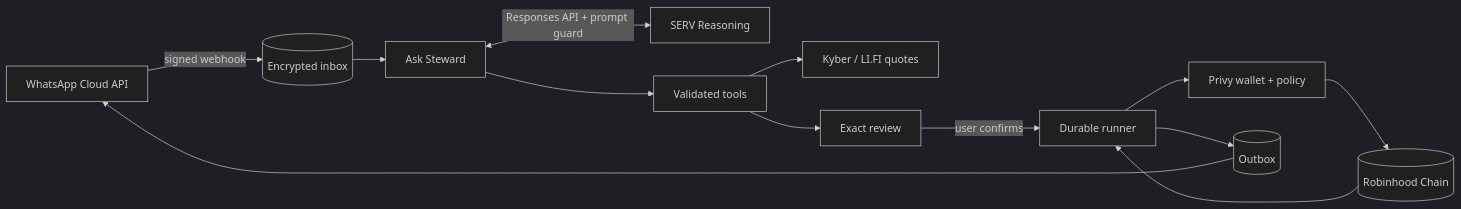
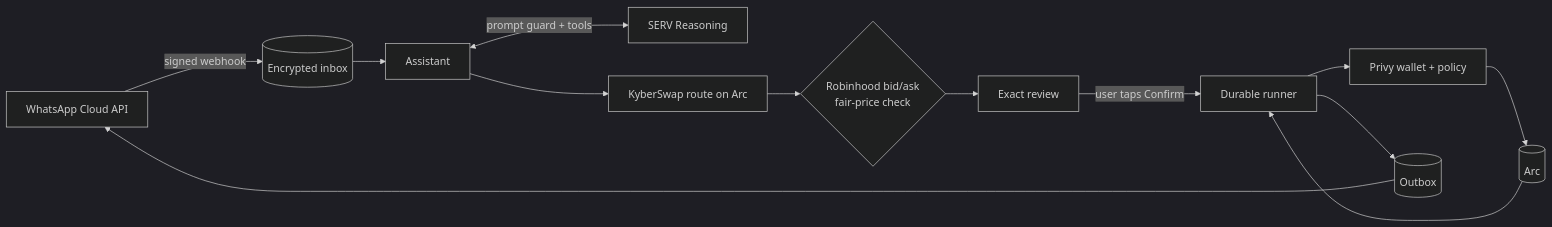
The diagram in README.md (Yilkash/pollenstocks), drawn with Mermaid (dark theme) before and after one commit. The commit also changed other lines of this file and 33 other files, not shown here.

Commit message:
docs: Pollenstock README, architecture and setup for Arc

````diff
--- a/README.md
+++ b/README.md
@@ -238,14 +91,14 @@
 ```mermaid
 flowchart LR
     WA[WhatsApp Cloud API] -->|signed webhook| IN[(Encrypted inbox)]
-    IN --> AS[Ask Steward]
-    AS <-->|Responses API + prompt guard| SERV[SERV Reasoning]
-    AS --> TOOLS[Validated tools]
-    TOOLS --> Q[Kyber / LI.FI quotes]
-    TOOLS --> REV[Exact review]
-    REV -->|user confirms| RUN[Durable runner]
+    IN --> AS[Assistant]
+    AS <-->|prompt guard + tools| SERV[SERV Reasoning]
+    AS --> Q[KyberSwap route on Arc]
+    Q --> FAIR{Robinhood bid/ask<br/>fair-price check}
+    FAIR --> REV[Exact review]
+    REV -->|user taps Confirm| RUN[Durable runner]
     RUN --> PRIVY[Privy wallet + policy]
-    PRIVY --> RHC[(Robinhood Chain)]
-    RHC --> RUN
+    PRIVY --> ARC[(Arc)]
+    ARC --> RUN
     RUN --> OUT[(Outbox)] --> WA
 ```
````
